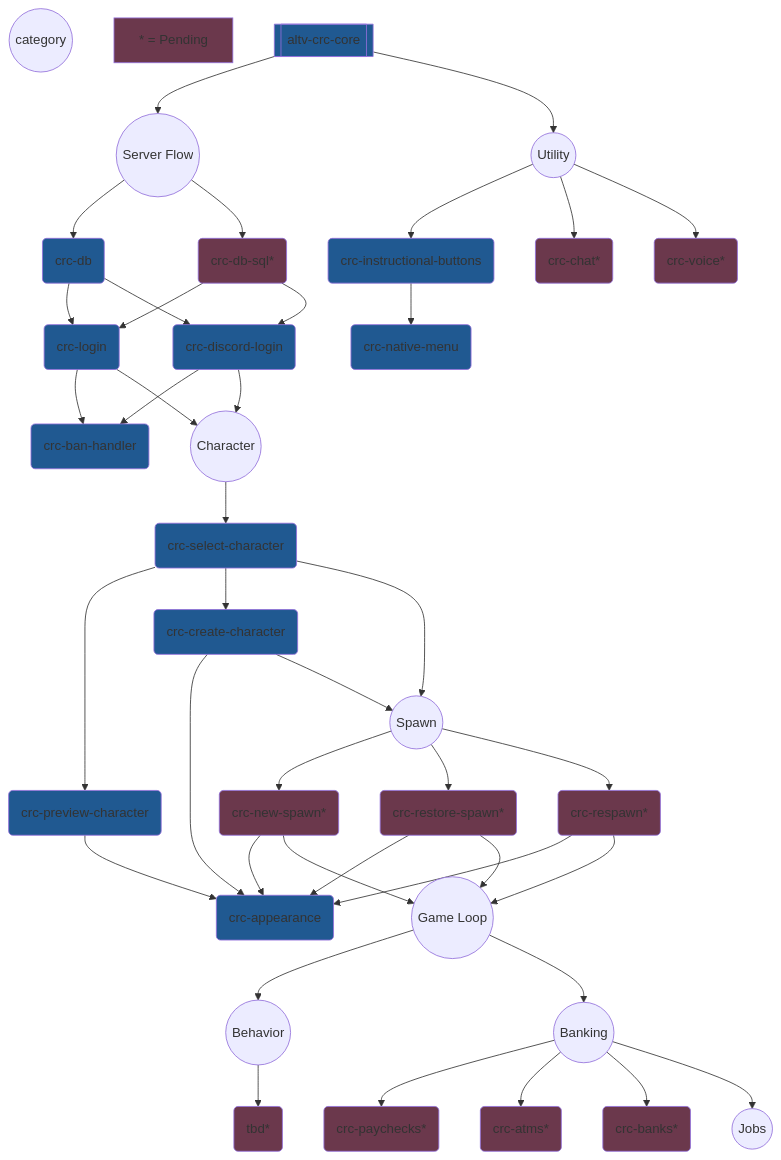
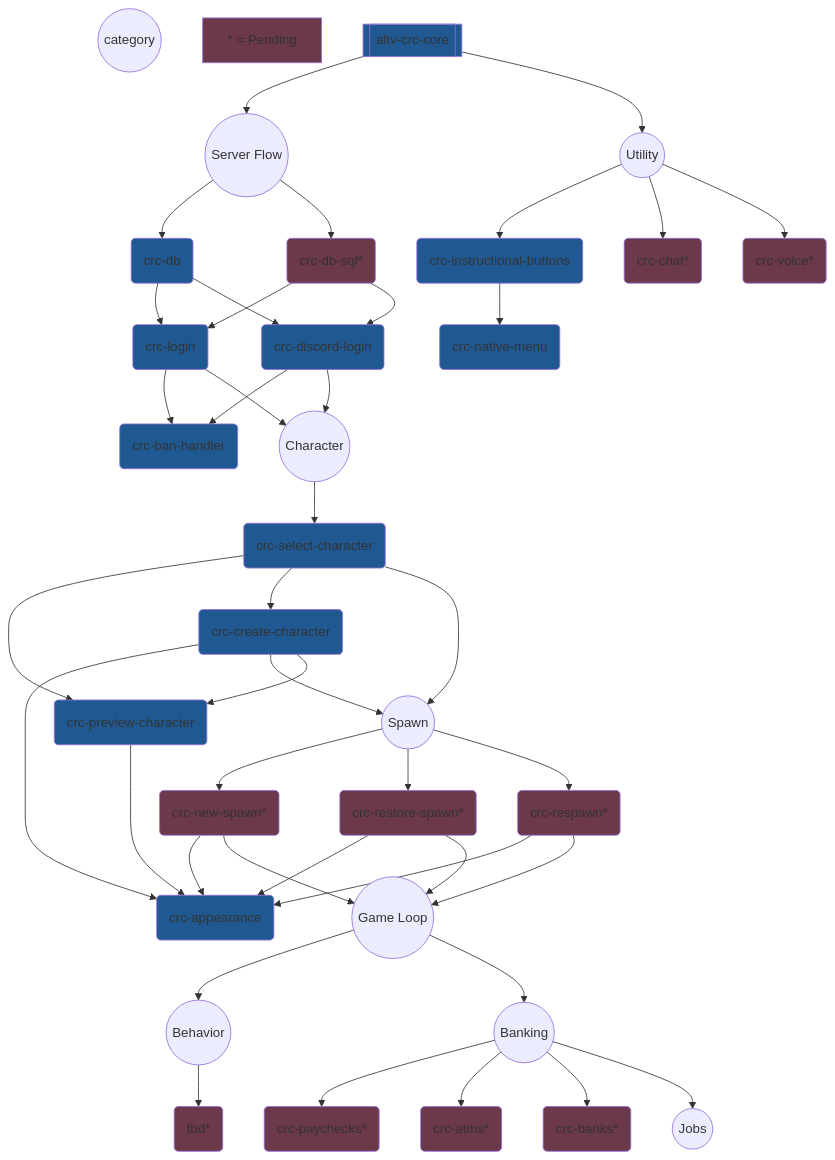
One commit to altv-crc/.github changed the diagram in profile/README.md. Above: the diagram before and after it, drawn with Mermaid.

```diff
--- a/profile/README.md
+++ b/profile/README.md
@@ -89,6 +89,7 @@
     crc_char_select --> crc_char_create(crc-create-character):::ready
     crc_char_select --> cat_spawn
     crc_char_create --> cat_spawn
+    crc_char_create --> crc_char_preview
 
     %% Spawn
     cat_spawn((Spawn))
```
